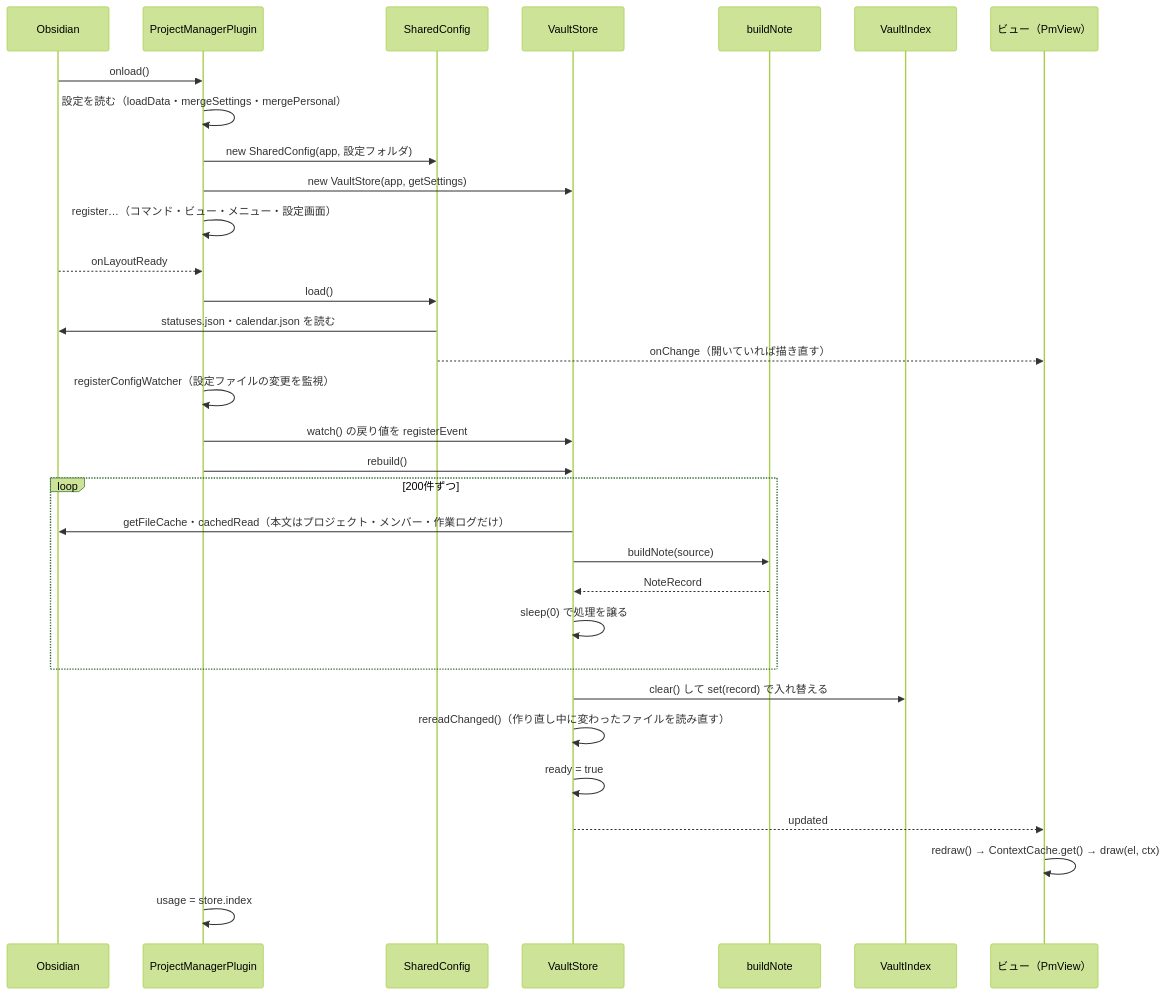
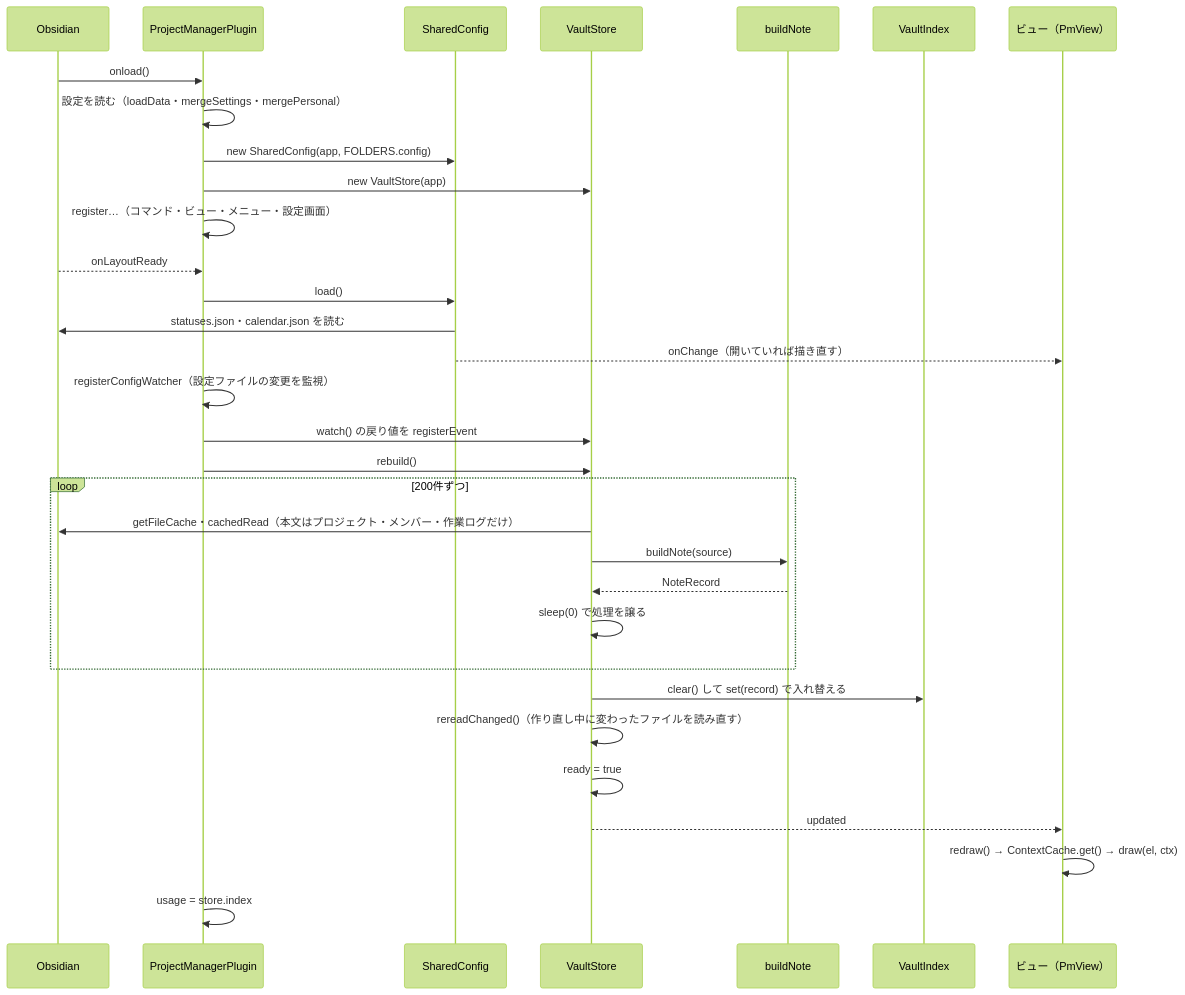
One commit to 2JO-code/2JO-dev-obsidian-pm-plugin changed the fifth of 7 diagrams in docs/DIAGRAMS.md. Above: the diagram before and after it, drawn with Mermaid (forest theme). The commit also changed 20 other files, not shown here.

````diff
--- a/docs/DIAGRAMS.md
+++ b/docs/DIAGRAMS.md
@@ -422,35 +422,35 @@
 ```mermaid
 sequenceDiagram
 	participant O as Obsidian
 	participant P as ProjectManagerPlugin
 	participant C as SharedConfig
 	participant S as VaultStore
 	participant B as buildNote
 	participant I as VaultIndex
 	participant V as ビュー（PmView）
 
 	O->>P: onload()
 	P->>P: 設定を読む（loadData・mergeSettings・mergePersonal）
-	P->>C: new SharedConfig(app, 設定フォルダ)
-	P->>S: new VaultStore(app, getSettings)
+	P->>C: new SharedConfig(app, FOLDERS.config)
+	P->>S: new VaultStore(app)
 	P->>P: register…（コマンド・ビュー・メニュー・設定画面）
 	O-->>P: onLayoutReady
 	P->>C: load()
 	C->>O: statuses.json・calendar.json を読む
 	C-->>V: onChange（開いていれば描き直す）
 	P->>P: registerConfigWatcher（設定ファイルの変更を監視）
 	P->>S: watch() の戻り値を registerEvent
 	P->>S: rebuild()
 	loop 200件ずつ
 		S->>O: getFileCache・cachedRead（本文はプロジェクト・メンバー・作業ログだけ）
 		S->>B: buildNote(source)
 		B-->>S: NoteRecord
 		S->>S: sleep(0) で処理を譲る
 	end
 	S->>I: clear() して set(record) で入れ替える
 	S->>S: rereadChanged()（作り直し中に変わったファイルを読み直す）
 	S->>S: ready = true
 	S-->>V: updated
 	V->>V: redraw() → ContextCache.get() → draw(el, ctx)
 	P->>P: usage = store.index
 ```
````
